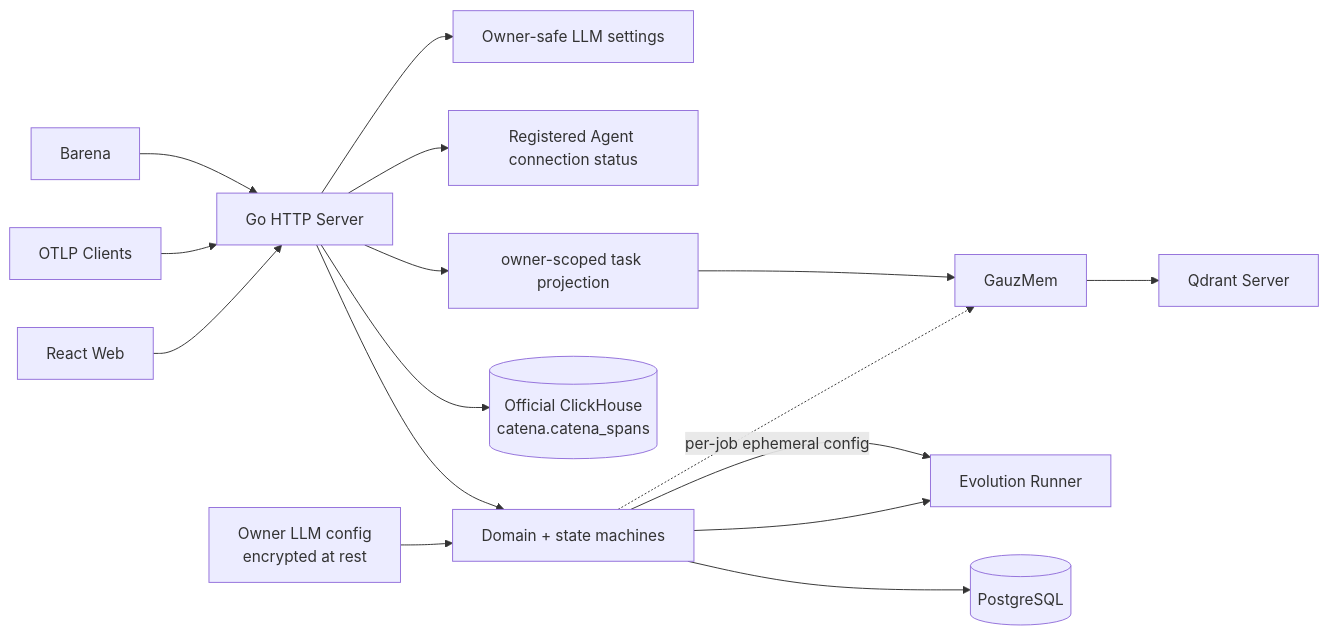
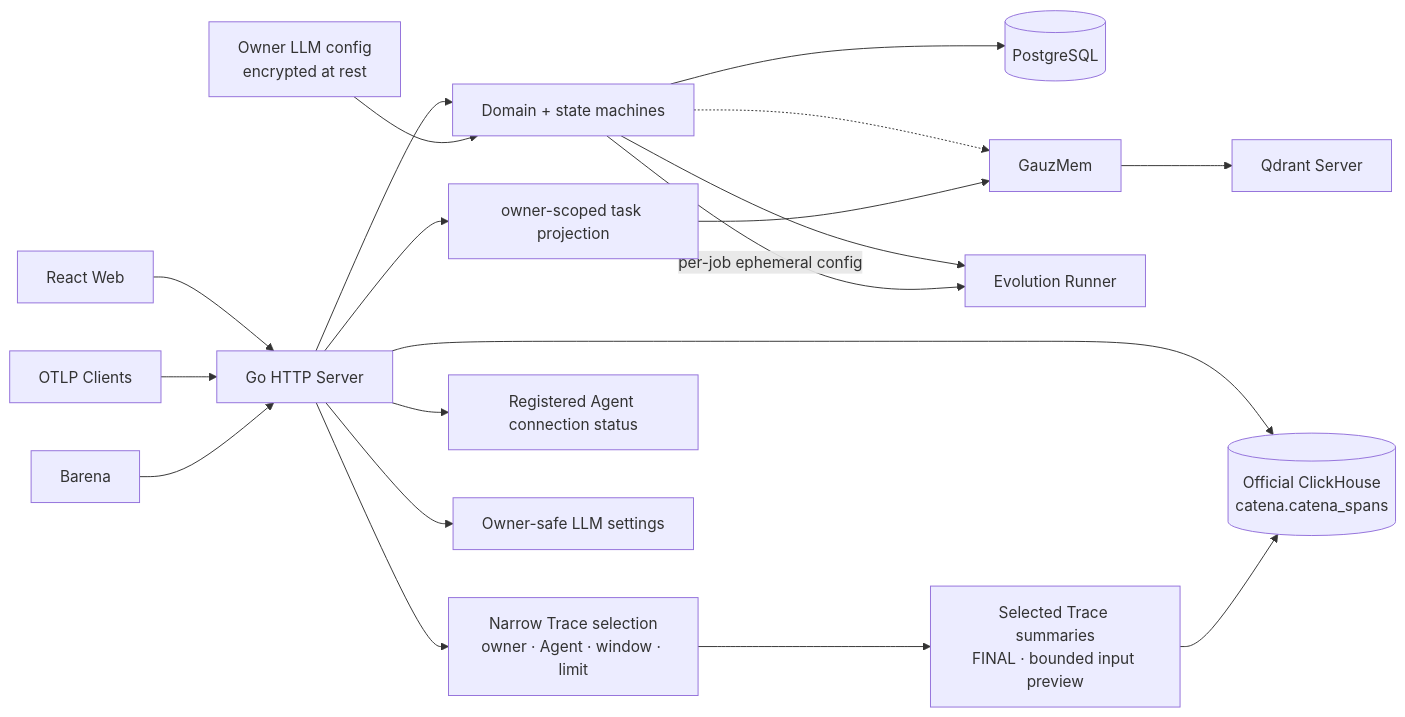
Before and after one commit to fightheyyy/CATENA: the first of 2 diagrams in control-plane/SPEC.md, drawn with Mermaid. The commit also changed other lines of this file and 17 other files, not shown here.

Commit message:
Reframe spec around trace-native Agent Engineer

````diff
--- a/control-plane/SPEC.md
+++ b/control-plane/SPEC.md
@@ -25,18 +25,21 @@
 ```mermaid
 flowchart LR
     Web["React Web"] --> HTTP["Go HTTP Server"]
     OTel["OTLP Clients"] --> HTTP
     Barena["Barena"] --> HTTP
     HTTP --> Domain["Domain + state machines"]
     Domain --> PG[("PostgreSQL")]
     HTTP --> CH[("Official ClickHouse<br/>catena.catena_spans")]
+    HTTP --> Recent["Narrow Trace selection<br/>owner · Agent · window · limit"]
+    Recent --> Summaries["Selected Trace summaries<br/>FINAL · bounded input preview"]
+    Summaries --> CH
     Domain --> Worker["Evolution Runner"]
     LLM["Owner LLM config<br/>encrypted at rest"] --> Domain
     Domain -->|"per-job ephemeral config"| Worker
     Domain -.-> Memory["GauzMem"]
     HTTP --> Task["owner-scoped task projection"]
     Task --> Memory
     Memory --> Vector["Qdrant Server"]
     HTTP --> Status["Registered Agent connection status"]
     HTTP --> ModelStatus["Owner-safe LLM settings"]
 ```
````
